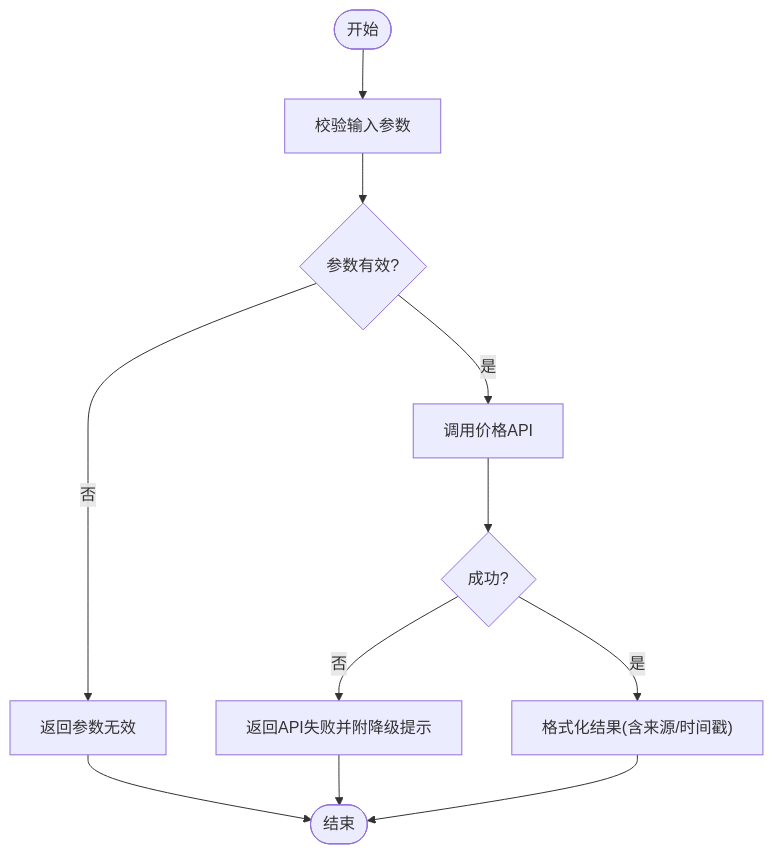
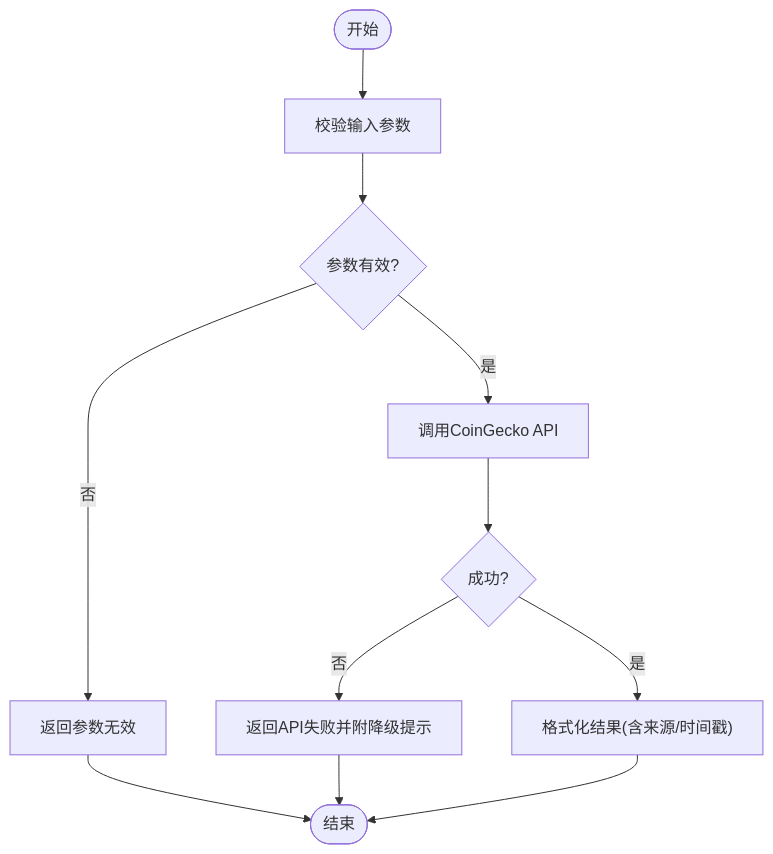
The third of 6 diagrams in .qoder/repowiki/zh/content/Web3工具集成/Web3工具集成.md (CryptoLinxu/Web3-AI-Agent), drawn with Mermaid before and after one commit. The commit also changed other lines of this file and 15 other files, not shown here.

````diff
--- a/.qoder/repowiki/zh/content/Web3工具集成/Web3工具集成.md
+++ b/.qoder/repowiki/zh/content/Web3工具集成/Web3工具集成.md
@@ -130,13 +144,13 @@
 ```mermaid
 flowchart TD
 Start(["开始"]) --> Validate["校验输入参数"]
 Validate --> Valid{"参数有效?"}
 Valid --> |否| ErrParam["返回参数无效"]
-Valid --> |是| Fetch["调用价格API"]
+Valid --> |是| Fetch["调用CoinGecko API"]
 Fetch --> Ok{"成功?"}
 Ok --> |否| ErrAPI["返回API失败并附降级提示"]
 Ok --> |是| Format["格式化结果(含来源/时间戳)"]
 Format --> Done(["结束"])
 ErrParam --> Done
 ErrAPI --> Done
 ```
````
